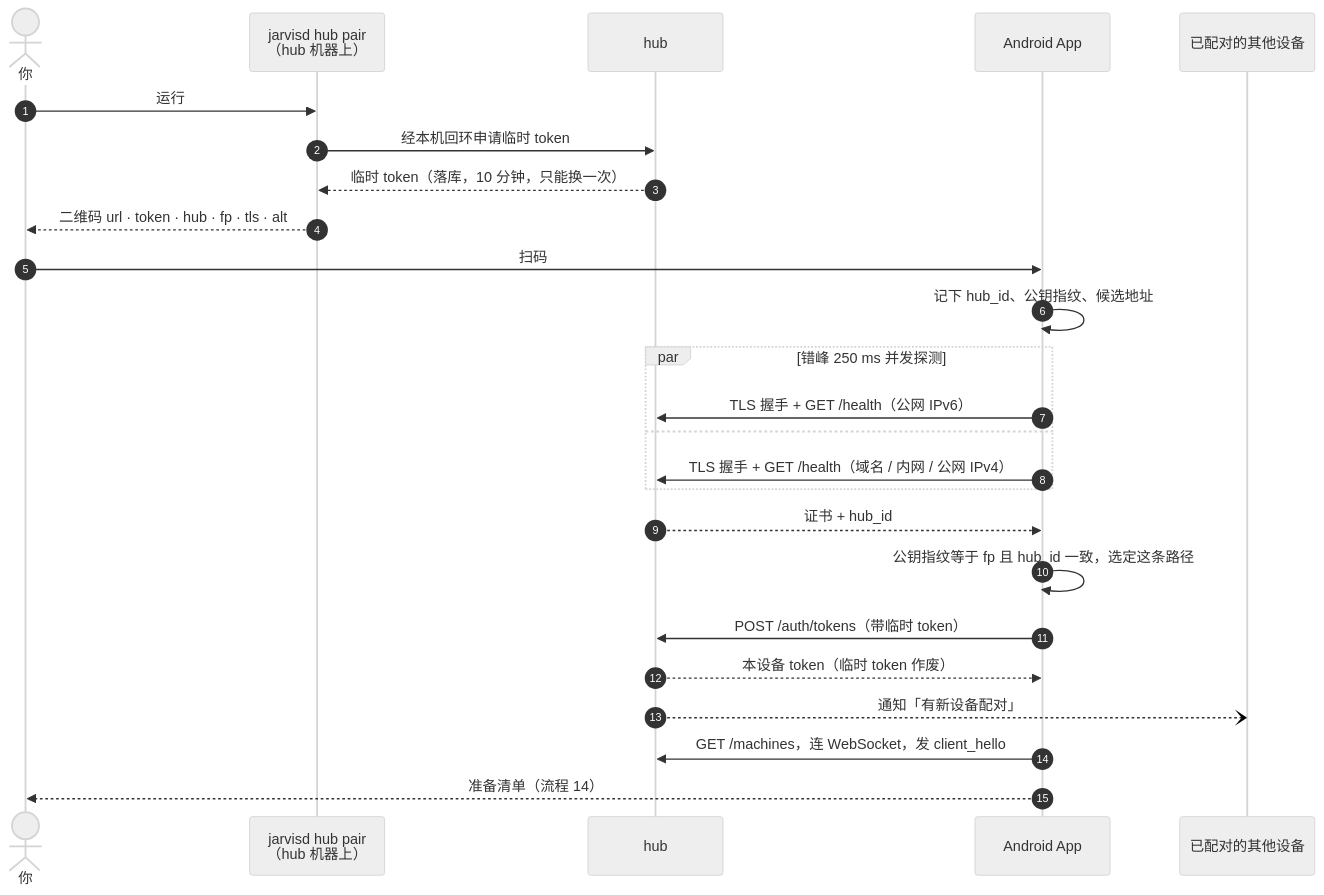
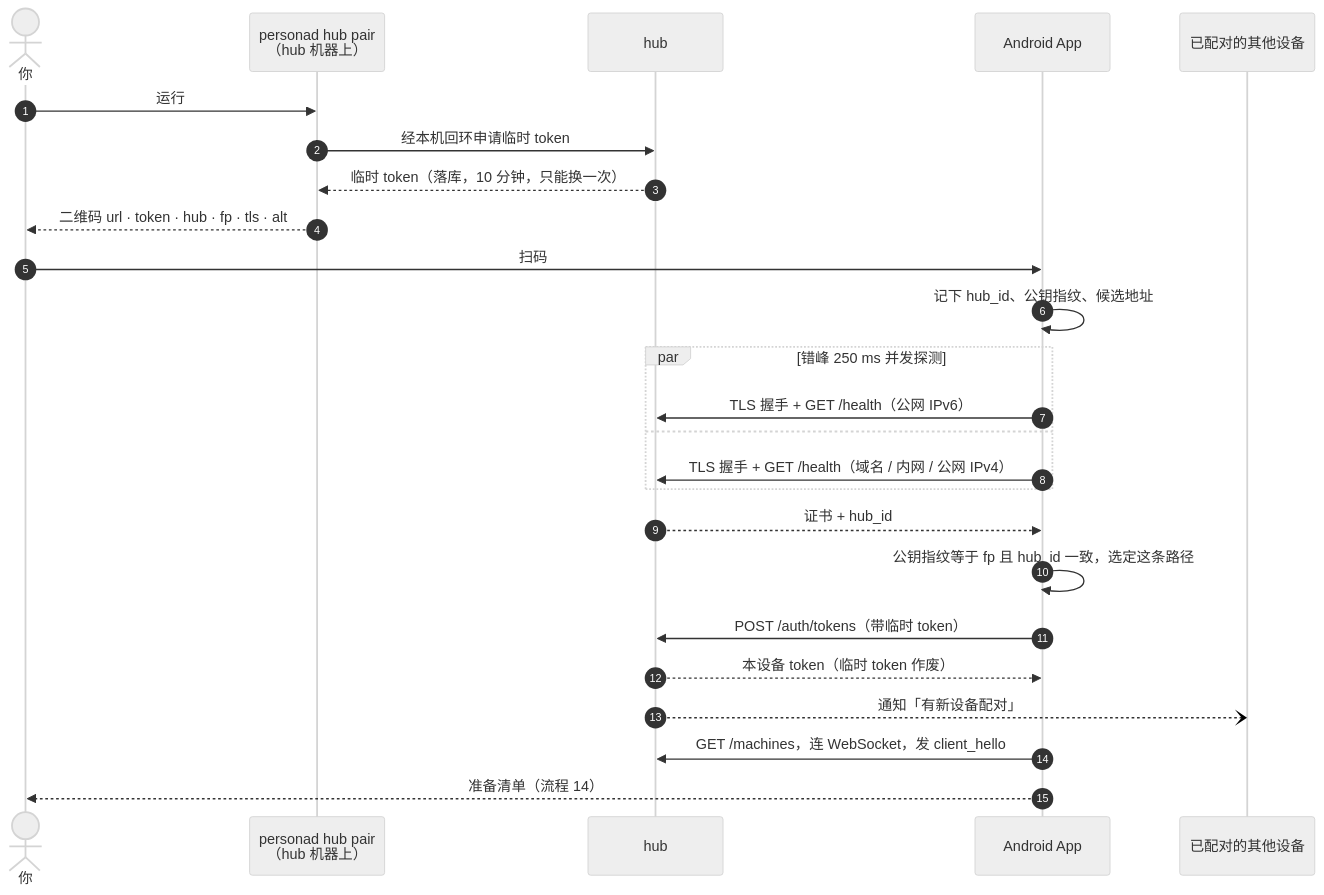
Before and after one commit to 413180794/persona: the second of 15 diagrams in docs/redesign/flows.md, drawn with Mermaid (neutral theme). The commit also changed other lines of this file and 99 other files, not shown here.

````diff
--- a/docs/redesign/flows.md
+++ b/docs/redesign/flows.md
@@ -47,27 +47,27 @@
 ```mermaid
 sequenceDiagram
   autonumber
   actor U as 你
-  participant CLI as jarvisd hub pair<br/>（hub 机器上）
+  participant CLI as personad hub pair<br/>（hub 机器上）
   participant H as hub
   participant A as Android App
   participant O as 已配对的其他设备
   U->>CLI: 运行
   CLI->>H: 经本机回环申请临时 token
   H-->>CLI: 临时 token（落库，10 分钟，只能换一次）
   CLI-->>U: 二维码 url · token · hub · fp · tls · alt
   U->>A: 扫码
   A->>A: 记下 hub_id、公钥指纹、候选地址
   par 错峰 250 ms 并发探测
     A->>H: TLS 握手 + GET /health（公网 IPv6）
   and
     A->>H: TLS 握手 + GET /health（域名 / 内网 / 公网 IPv4）
   end
   H-->>A: 证书 + hub_id
   A->>A: 公钥指纹等于 fp 且 hub_id 一致，选定这条路径
   A->>H: POST /auth/tokens（带临时 token）
   H-->>A: 本设备 token（临时 token 作废）
   H--)O: 通知「有新设备配对」
   A->>H: GET /machines，连 WebSocket，发 client_hello
   A-->>U: 准备清单（流程 14）
 ```
````
